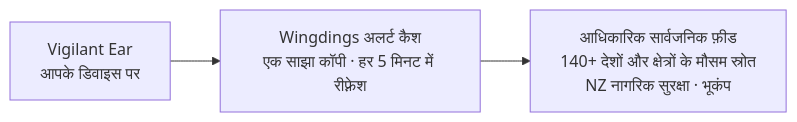
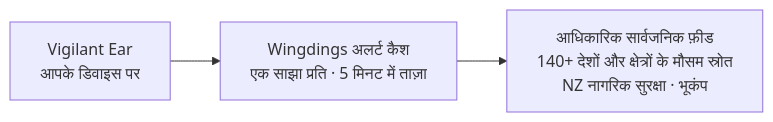
Before and after one commit to rpalm01-star/VigilantEarLegal: the fourth of 4 diagrams in README_hi.md, drawn with Mermaid. The commit also changed other lines of this file and 14 other files, not shown here.

````diff
--- a/README_hi.md
+++ b/README_hi.md
@@ -182,5 +217,5 @@
 ```mermaid
 graph LR
-    P1["Vigilant Ear<br/>आपके डिवाइस पर"] --> W["Wingdings अलर्ट कैश<br/>एक साझा कॉपी · हर 5 मिनट में रीफ़्रेश"]
+    P1["Vigilant Ear<br/>आपके डिवाइस पर"] --> W["Wingdings अलर्ट कैश<br/>एक साझा प्रति · 5 मिनट में ताज़ा"]
     W --> N["आधिकारिक सार्वजनिक फ़ीड<br/>140+ देशों और क्षेत्रों के मौसम स्रोत<br/>NZ नागरिक सुरक्षा · भूकंप"]
 ```
````
